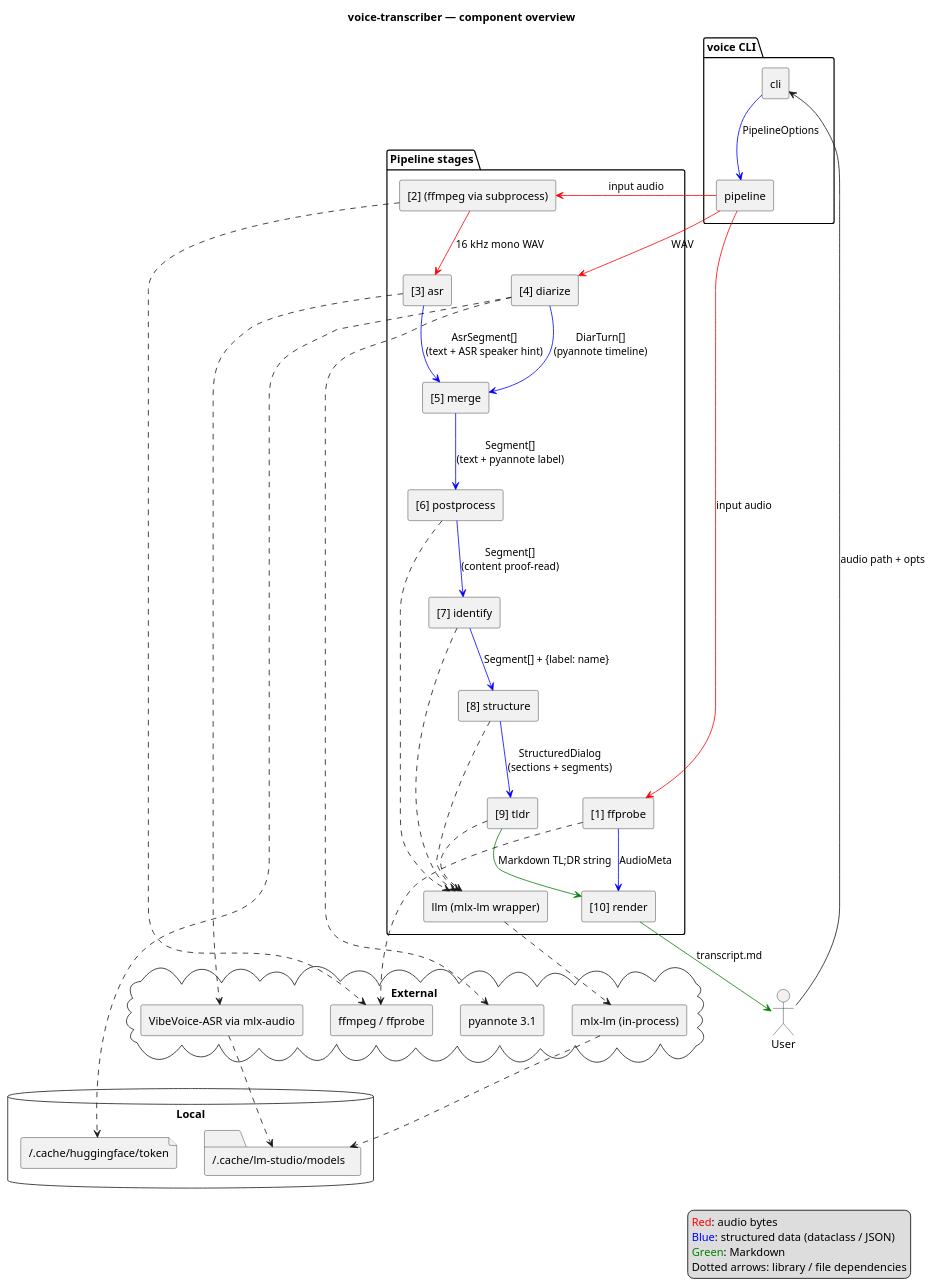
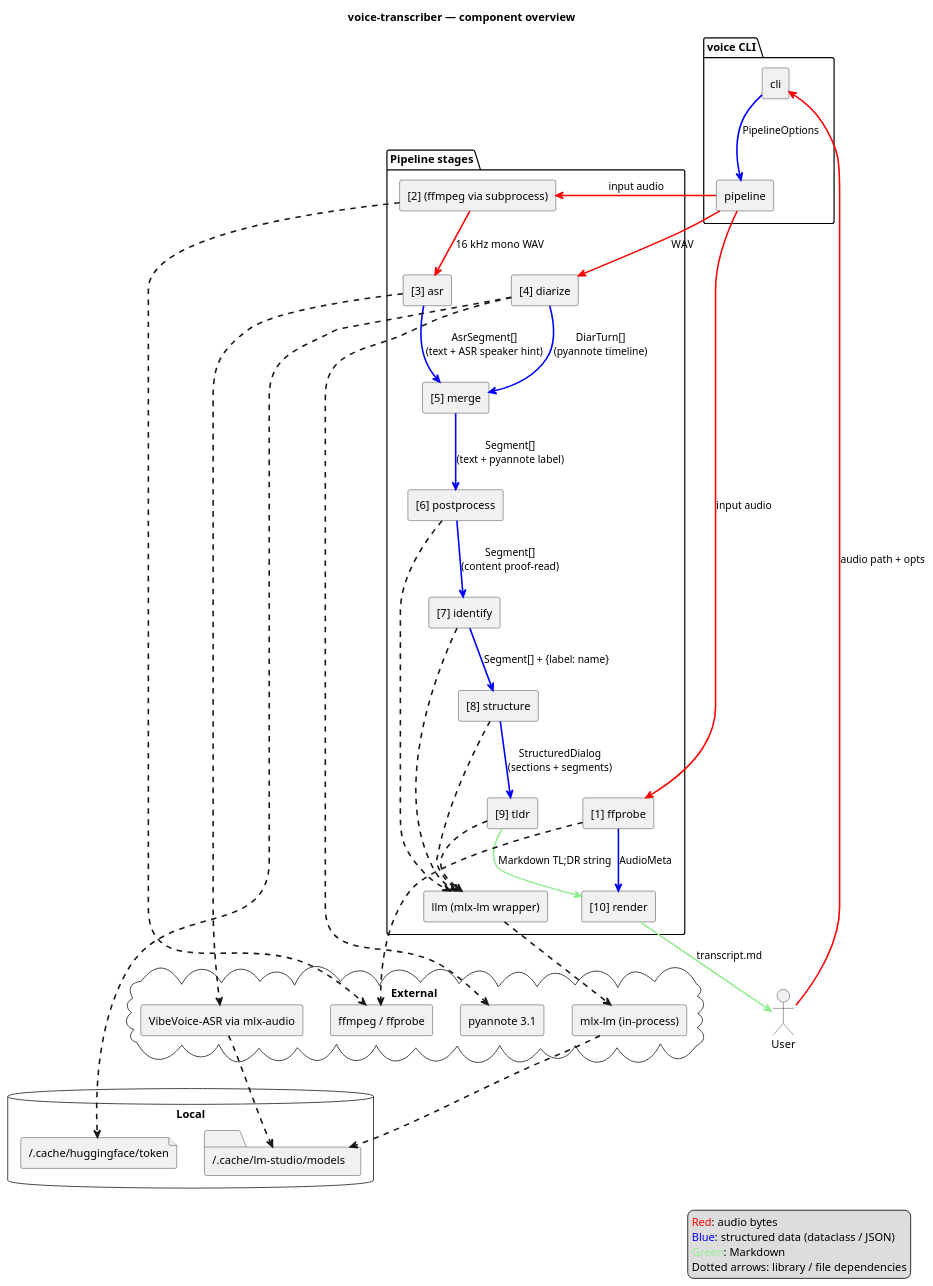
The diagram in docs/architecture.md (artem-from-ua/voice-transcriber), drawn with PlantUML before and after one commit. The commit also changed other lines of this file, not shown here.

Commit message:
Thicker arrows, lighter green, red from User in architecture diagram
Three follow-ups on the diagram review:

- skinparam ArrowThickness 2: arrows are now legible at small zoom.
- Green for Markdown switches from PlantUML's stock #008000 to #90EE90
  (light green) so it stops looking like a generic "OK" indicator and
  reads clearly as a distinct channel.
- The first edge "User → CLI" was colourless — but the user IS handing
  over an audio file, so it's now also red, matching the rest of the
  audio path.

Legend updated to the same shade.

````diff
--- a/docs/architecture.md
+++ b/docs/architecture.md
@@ -9,77 +9,78 @@
 ```plantuml
 @startuml
 title voice-transcriber — component overview
 skinparam componentStyle rectangle
+skinparam ArrowThickness 2
 
 actor User
 
 package "voice CLI" {
   component "cli" as CLI
   component "pipeline" as Pipeline
 }
 
 package "Pipeline stages" {
   component "[1] ffprobe" as FF
   component "[2] (ffmpeg via subprocess)" as WAV
   component "[3] asr" as ASR
   component "[4] diarize" as Diar
   component "[5] merge" as Merge
   component "[6] postprocess" as Post
   component "[7] identify" as Ident
   component "[8] structure" as Struct
   component "[9] tldr" as TLDR
   component "[10] render" as Render
   component "llm (mlx-lm wrapper)" as LLM
 }
 
 cloud "External" {
   [ffmpeg / ffprobe] as Ffmpeg
   [VibeVoice-ASR via mlx-audio] as MLX
   [pyannote 3.1] as Pyannote
   [mlx-lm (in-process)] as MlxLm
 }
 
 database "Local" {
   folder "~/.cache/lm-studio/models" as LMSCache
   file "~/.cache/huggingface/token" as HFToken
 }
 
-User --> CLI : audio path + opts
+User -[#red]-> CLI : audio path + opts
 CLI -[#blue]-> Pipeline : PipelineOptions
 
 Pipeline -[#red]-> WAV : input audio
 WAV -[#red]-> ASR : 16 kHz mono WAV
 Pipeline -[#red]-> FF : input audio
 FF -[#blue]-> Render : AudioMeta
 
 ASR -[#blue]-> Merge : AsrSegment[]\n(text + ASR speaker hint)
 Pipeline -[#red]-> Diar : WAV
 Diar -[#blue]-> Merge : DiarTurn[]\n(pyannote timeline)
 Merge -[#blue]-> Post : Segment[]\n(text + pyannote label)
 Post -[#blue]-> Ident : Segment[]\n(content proof-read)
 Ident -[#blue]-> Struct : Segment[] + {label: name}
 Struct -[#blue]-> TLDR : StructuredDialog\n(sections + segments)
-TLDR -[#green]-> Render : Markdown TL;DR string
-Render -[#green]-> User : transcript.md
+TLDR -[#90EE90]-> Render : Markdown TL;DR string
+Render -[#90EE90]-> User : transcript.md
 
 WAV ..> Ffmpeg
 FF ..> Ffmpeg
 ASR ..> MLX
 MLX ..> LMSCache
 Diar ..> Pyannote
 Diar ..> HFToken
 Post ..> LLM
 Ident ..> LLM
 Struct ..> LLM
 TLDR ..> LLM
 LLM ..> MlxLm
 MlxLm ..> LMSCache
 
 legend right
   <color:red>Red</color>: audio bytes
   <color:blue>Blue</color>: structured data (dataclass / JSON)
-  <color:green>Green</color>: Markdown
+  <color:#90EE90>Green</color>: Markdown
   Dotted arrows: library / file dependencies
 end legend
 @enduml
 ```
````
